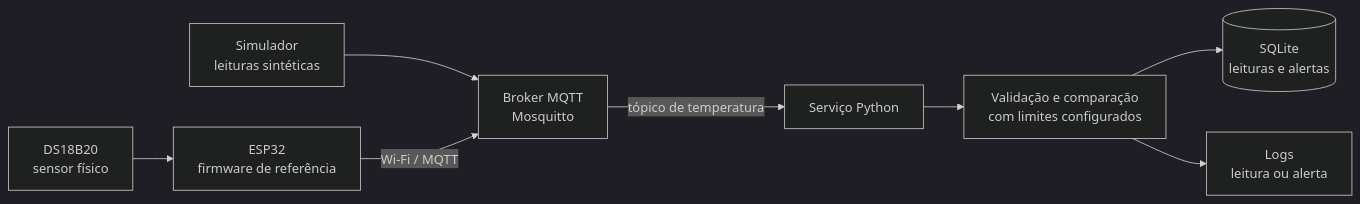
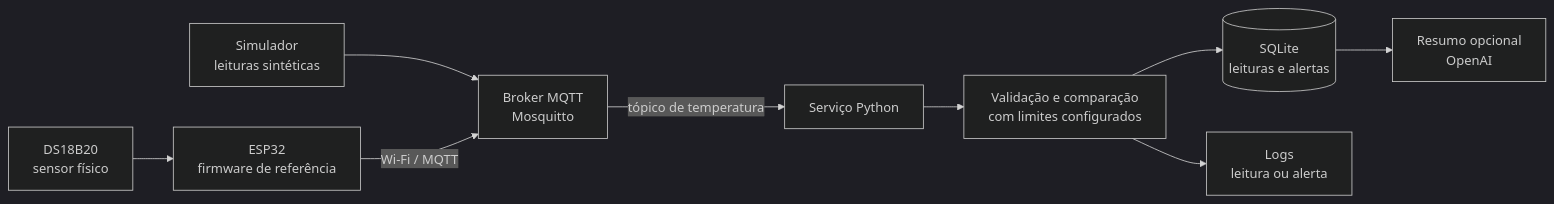
One commit to Rodrigocsilvaa/MediSUS-IoT changed the diagram in README.md. Above: the diagram before and after it, drawn with Mermaid (dark theme). The commit also changed other lines of this file and 5 other files, not shown here.

````diff
--- a/README.md
+++ b/README.md
@@ -62,10 +64,11 @@
 ```mermaid
 flowchart LR
     S["DS18B20<br/>sensor físico"] --> E["ESP32<br/>firmware de referência"]
     SIM["Simulador<br/>leituras sintéticas"] --> M["Broker MQTT<br/>Mosquitto"]
     E -->|"Wi-Fi / MQTT"| M
     M -->|"tópico de temperatura"| P["Serviço Python"]
     P --> V["Validação e comparação<br/>com limites configurados"]
     V --> DB[("SQLite<br/>leituras e alertas")]
     V --> LOG["Logs<br/>leitura ou alerta"]
+    DB --> AI["Resumo opcional<br/>OpenAI"]
 ```
````
